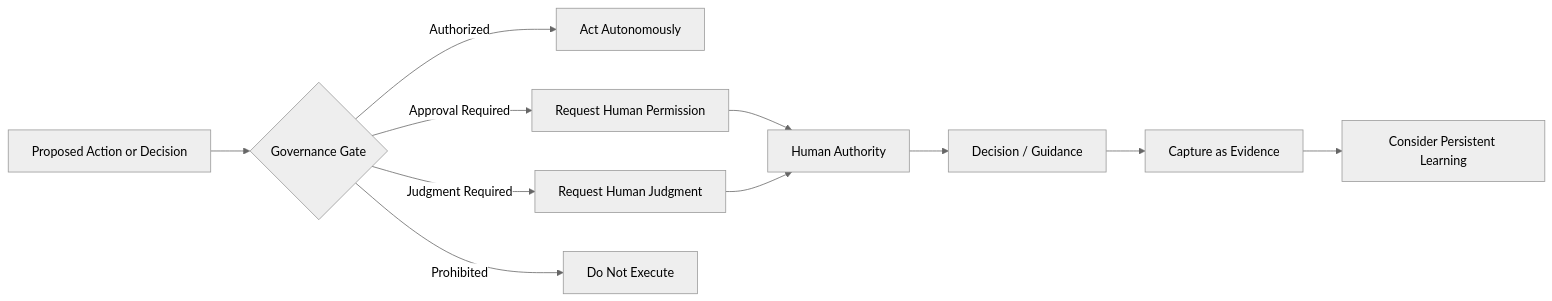
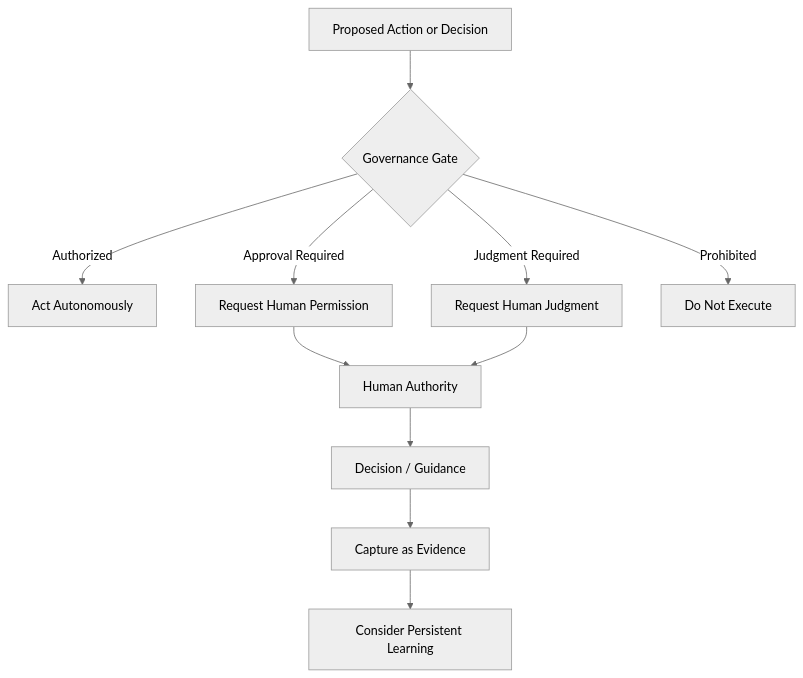
The diagram in docs/architecture/governance-and-escalation.md (infoconex/ai-flywheel), drawn with Mermaid (neutral theme) before and after one commit.

Commit message:
Make governance and escalation diagram vertical

````diff
--- a/docs/architecture/governance-and-escalation.md
+++ b/docs/architecture/governance-and-escalation.md
@@ -9,14 +9,14 @@
 ```mermaid
-flowchart LR
+flowchart TD
     P[Proposed Action or Decision] --> G{Governance Gate}
     G -->|Authorized| A[Act Autonomously]
     G -->|Approval Required| AP[Request Human Permission]
     G -->|Judgment Required| J[Request Human Judgment]
     G -->|Prohibited| N[Do Not Execute]
 
     AP --> H[Human Authority]
     J --> H
     H --> R[Decision / Guidance]
     R --> L[Capture as Evidence]
     L --> P2[Consider Persistent Learning]
 ```
````
